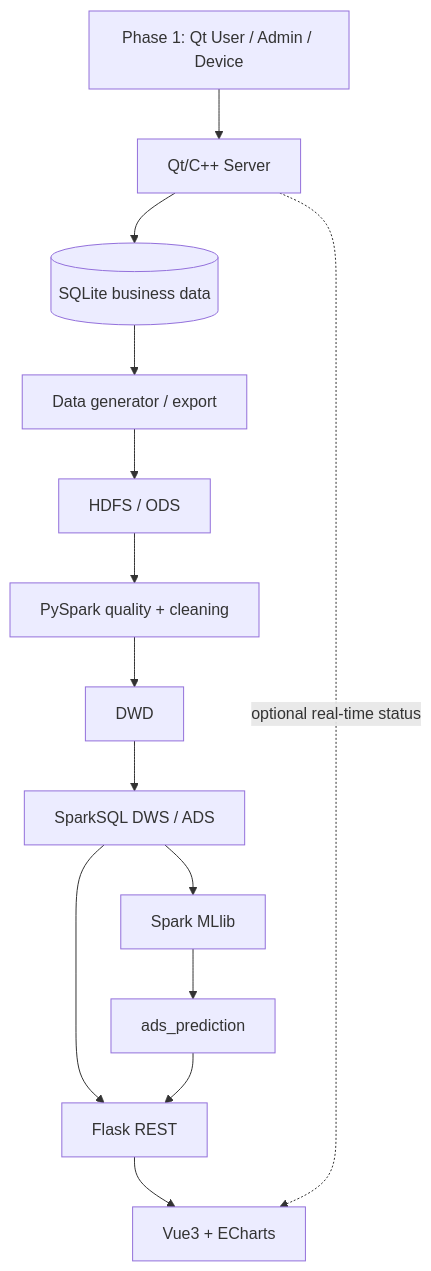
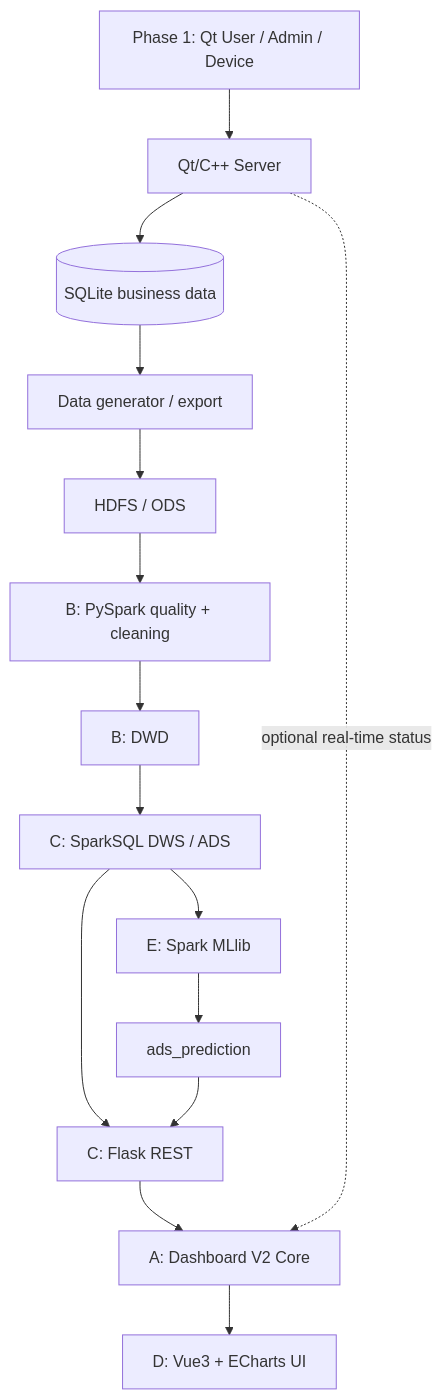
Before and after one commit to chian828806-source/evcharge-platform-bitcs24: the diagram in docs/bigdata/21-BIGDATA-ARCHITECTURE.md, drawn with Mermaid. The commit also changed other lines of this file and 28 other files, not shown here.

````diff
--- a/docs/bigdata/21-BIGDATA-ARCHITECTURE.md
+++ b/docs/bigdata/21-BIGDATA-ARCHITECTURE.md
@@ -5,16 +5,17 @@
 ```mermaid
 flowchart TB
   P1[Phase 1: Qt User / Admin / Device] --> S[Qt/C++ Server]
   S --> DB[(SQLite business data)]
   DB --> G[Data generator / export]
   G --> O[HDFS / ODS]
-  O --> Q[PySpark quality + cleaning]
-  Q --> DWD[DWD]
-  DWD --> W[SparkSQL DWS / ADS]
-  W --> F[Flask REST]
-  F --> V[Vue3 + ECharts]
-  W --> M[Spark MLlib]
+  O --> Q[B: PySpark quality + cleaning]
+  Q --> DWD[B: DWD]
+  DWD --> W[C: SparkSQL DWS / ADS]
+  W --> F[C: Flask REST]
+  F --> Core[A: Dashboard V2 Core]
+  Core --> V[D: Vue3 + ECharts UI]
+  W --> M[E: Spark MLlib]
   M --> P[ads_prediction]
   P --> F
-  S -. optional real-time status .-> V
+  S -. optional real-time status .-> Core
 ```
````
